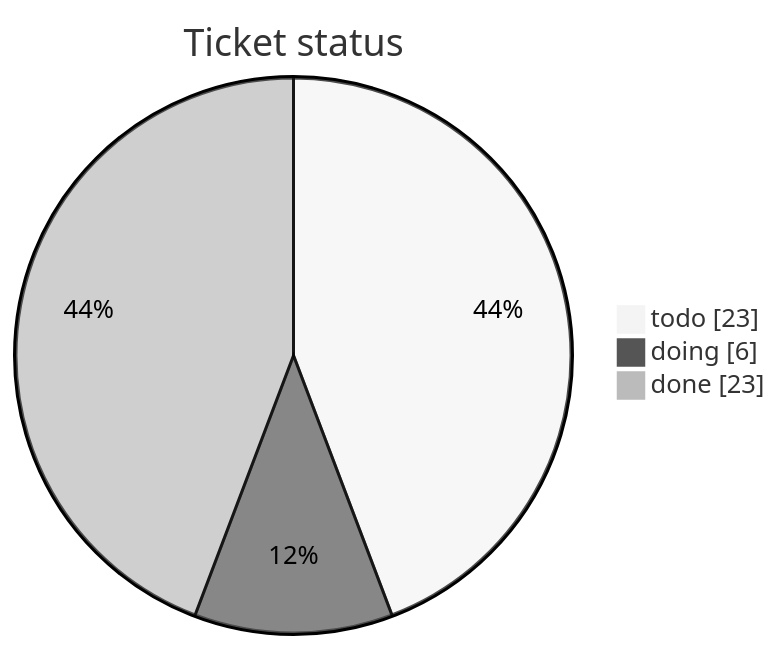
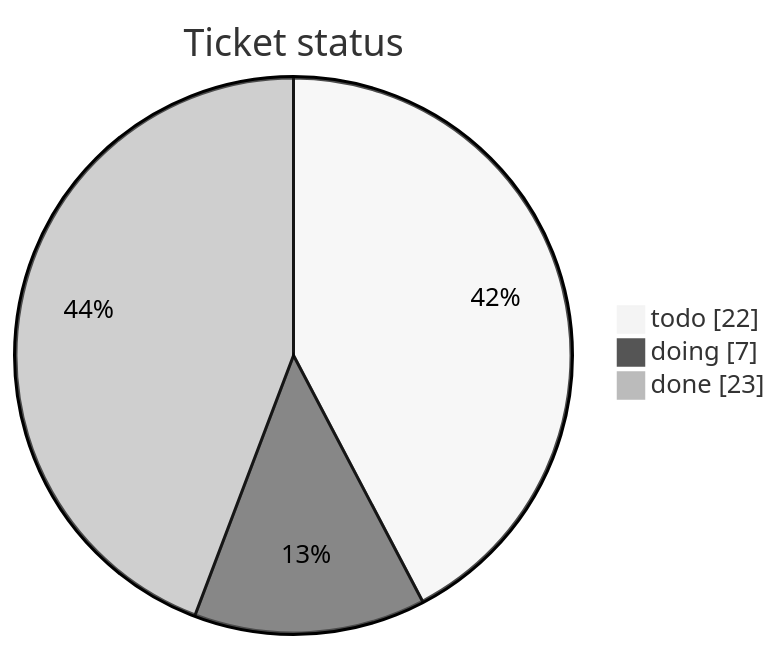
One commit to mohamed-soubhi/bootlab-esp changed the first of 3 diagrams in tickets/TICKETS.md. Above: the diagram before and after it, drawn with Mermaid (neutral theme). The commit also changed other lines of this file and 6 other files, not shown here.

````diff
--- a/tickets/TICKETS.md
+++ b/tickets/TICKETS.md
@@ -14,6 +14,6 @@
 ```mermaid
 pie showData title Ticket status
-    "todo" : 23
-    "doing" : 6
+    "todo" : 22
+    "doing" : 7
     "done" : 23
 ```
````
